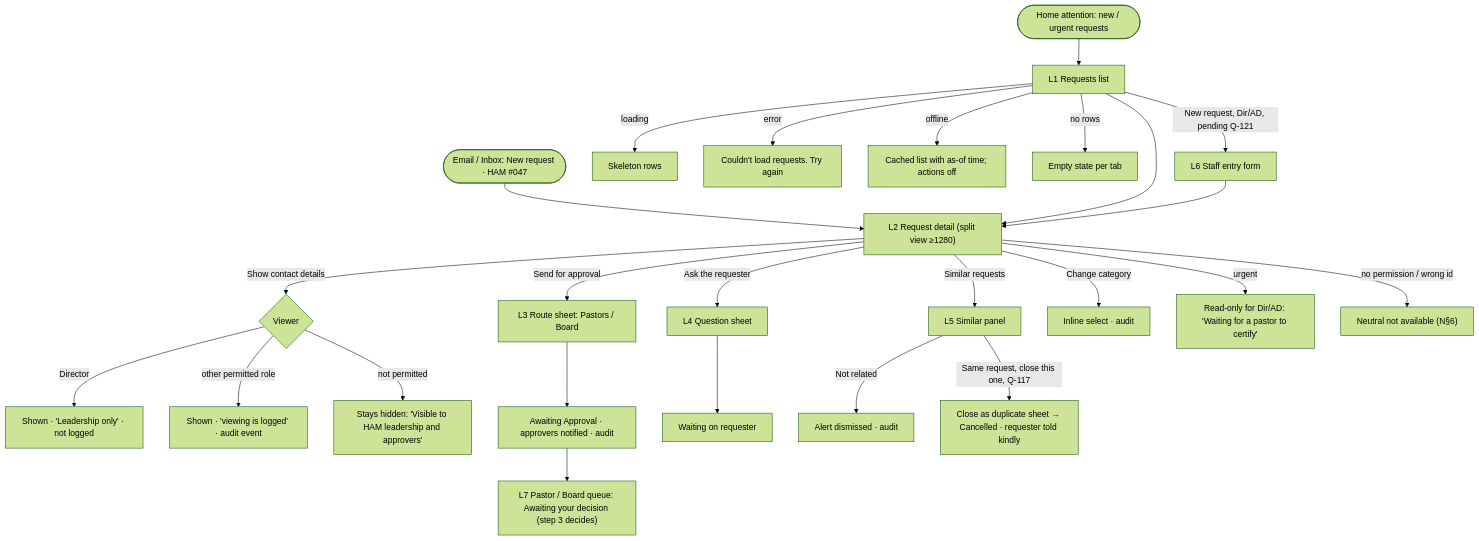
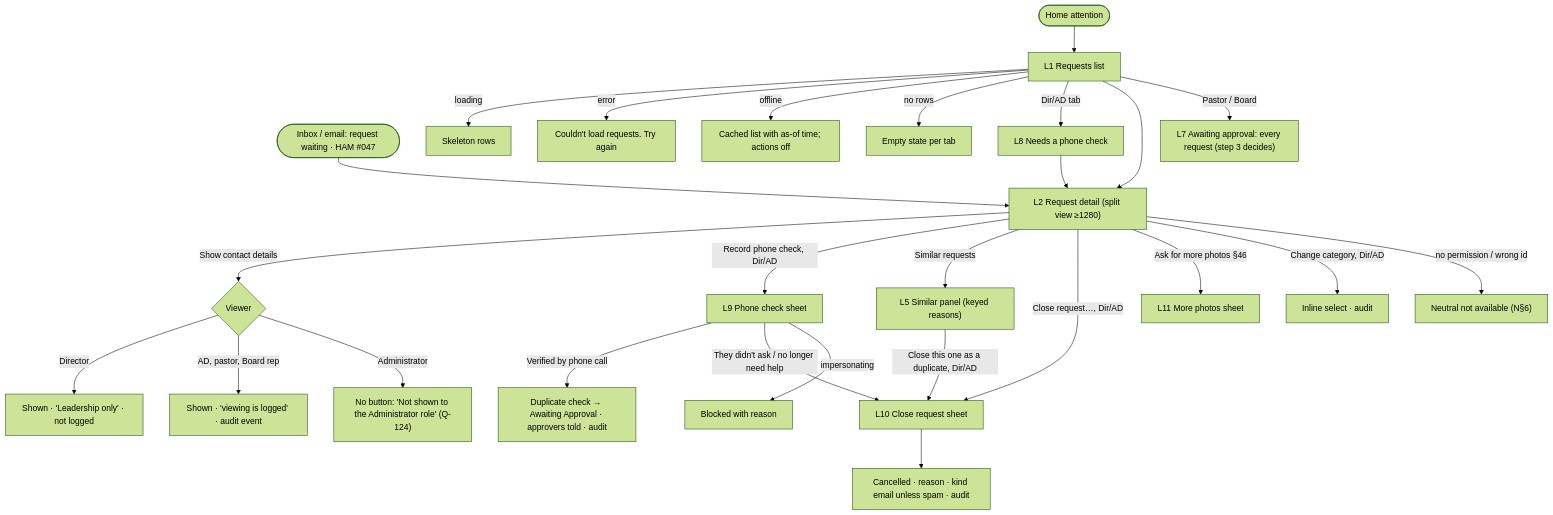
One commit to HarimCortez/HAM changed the second of 2 diagrams in docs/ux/intake.md. Above: the diagram before and after it, drawn with Mermaid (forest theme). The commit also changed other lines of this file and 2 other files, not shown here.

First line of the commit message:
Step 2 intake: UX spec reconciled with owner decisions; navigation.md updated; gaps Q-133–Q-139

````diff
--- a/docs/ux/intake.md
+++ b/docs/ux/intake.md
@@ -151,25 +163,28 @@
 ```mermaid
 flowchart TD
-  HOME([Home attention: new / urgent requests]) --> L1["L1 Requests list"]
-  NOTIF([Email / Inbox: New request · HAM #047]) --> L2
+  HOME([Home attention]) --> L1["L1 Requests list"]
+  NOTIF([Inbox / email: request waiting · HAM #047]) --> L2
   L1 -->|loading| L1S["Skeleton rows"]
   L1 -->|error| L1X["Couldn't load requests. Try again"]
   L1 -->|offline| L1O["Cached list with as-of time; actions off"]
   L1 -->|no rows| L1E["Empty state per tab"]
+  L1 -->|Dir/AD tab| L8["L8 Needs a phone check"]
+  L8 --> L2
   L1 --> L2["L2 Request detail (split view ≥1280)"]
-  L1 -->|New request, Dir/AD, pending Q-121| L6["L6 Staff entry form"]
-  L6 --> L2
   L2 -->|Show contact details| REV{Viewer}
   REV -->|Director| REVD["Shown · 'Leadership only' · not logged"]
-  REV -->|other permitted role| REVL["Shown · 'viewing is logged' · audit event"]
-  REV -->|not permitted| MASK["Stays hidden: 'Visible to HAM leadership and approvers'"]
-  L2 -->|Send for approval| L3["L3 Route sheet: Pastors / Board"] --> AA["Awaiting Approval · approvers notified · audit"]
-  L2 -->|Ask the requester| L4["L4 Question sheet"] --> WR["Waiting on requester"]
-  L2 -->|Similar requests| L5["L5 Similar panel"]
-  L5 -->|Not related| L5N["Alert dismissed · audit"]
-  L5 -->|Same request, close this one, Q-117| L5D["Close as duplicate sheet → Cancelled · requester told kindly"]
-  L2 -->|Change category| CAT["Inline select · audit"]
-  L2 -->|urgent| URG["Read-only for Dir/AD: 'Waiting for a pastor to certify'"]
+  REV -->|AD, pastor, Board rep| REVL["Shown · 'viewing is logged' · audit event"]
+  REV -->|Administrator| MASK["No button: 'Not shown to the Administrator role' (Q-124)"]
+  L2 -->|Record phone check, Dir/AD| L9["L9 Phone check sheet"]
+  L9 -->|Verified by phone call| DUP["Duplicate check → Awaiting Approval · approvers told · audit"]
+  L9 -->|They didn't ask / no longer need help| L10
+  L9 -->|impersonating| BLK["Blocked with reason"]
+  L2 -->|Similar requests| L5["L5 Similar panel (keyed reasons)"]
+  L5 -->|Close this one as a duplicate, Dir/AD| L10["L10 Close request sheet"]
+  L2 -->|Close request…, Dir/AD| L10
+  L10 --> CAN["Cancelled · reason · kind email unless spam · audit"]
+  L2 -->|Ask for more photos §46| L11["L11 More photos sheet"]
+  L2 -->|Change category, Dir/AD| CAT["Inline select · audit"]
   L2 -->|no permission / wrong id| NF["Neutral not available (N§6)"]
-  AA --> L7["L7 Pastor / Board queue: Awaiting your decision (step 3 decides)"]
+  L1 -->|Pastor / Board| L7["L7 Awaiting approval: every request (step 3 decides)"]
 ```
````
